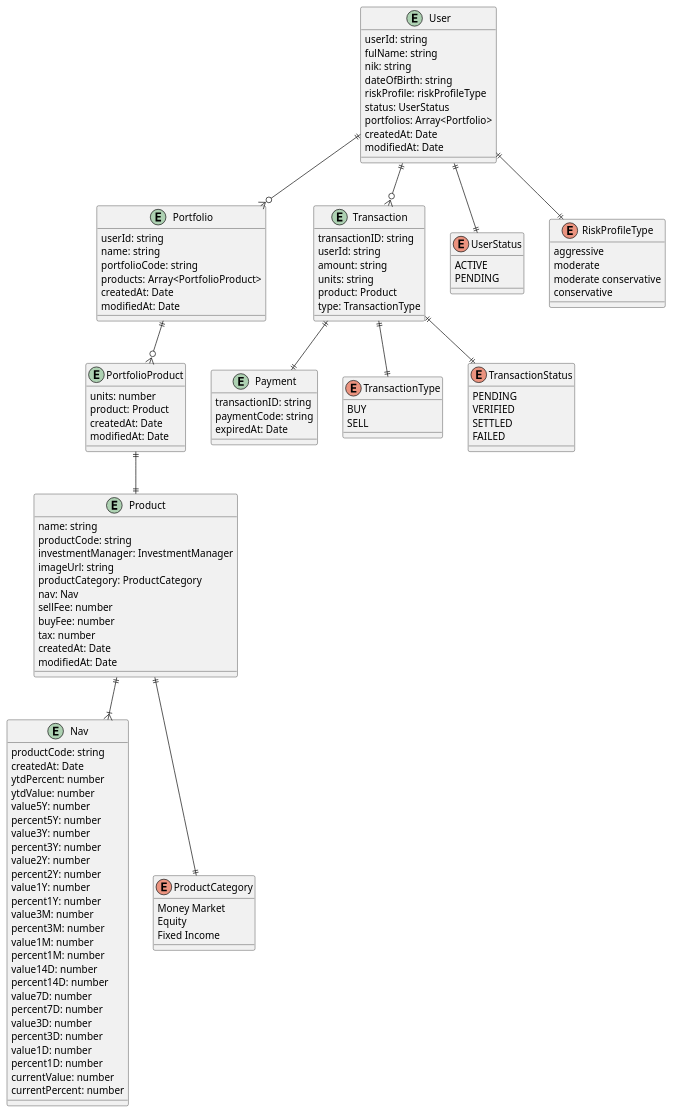
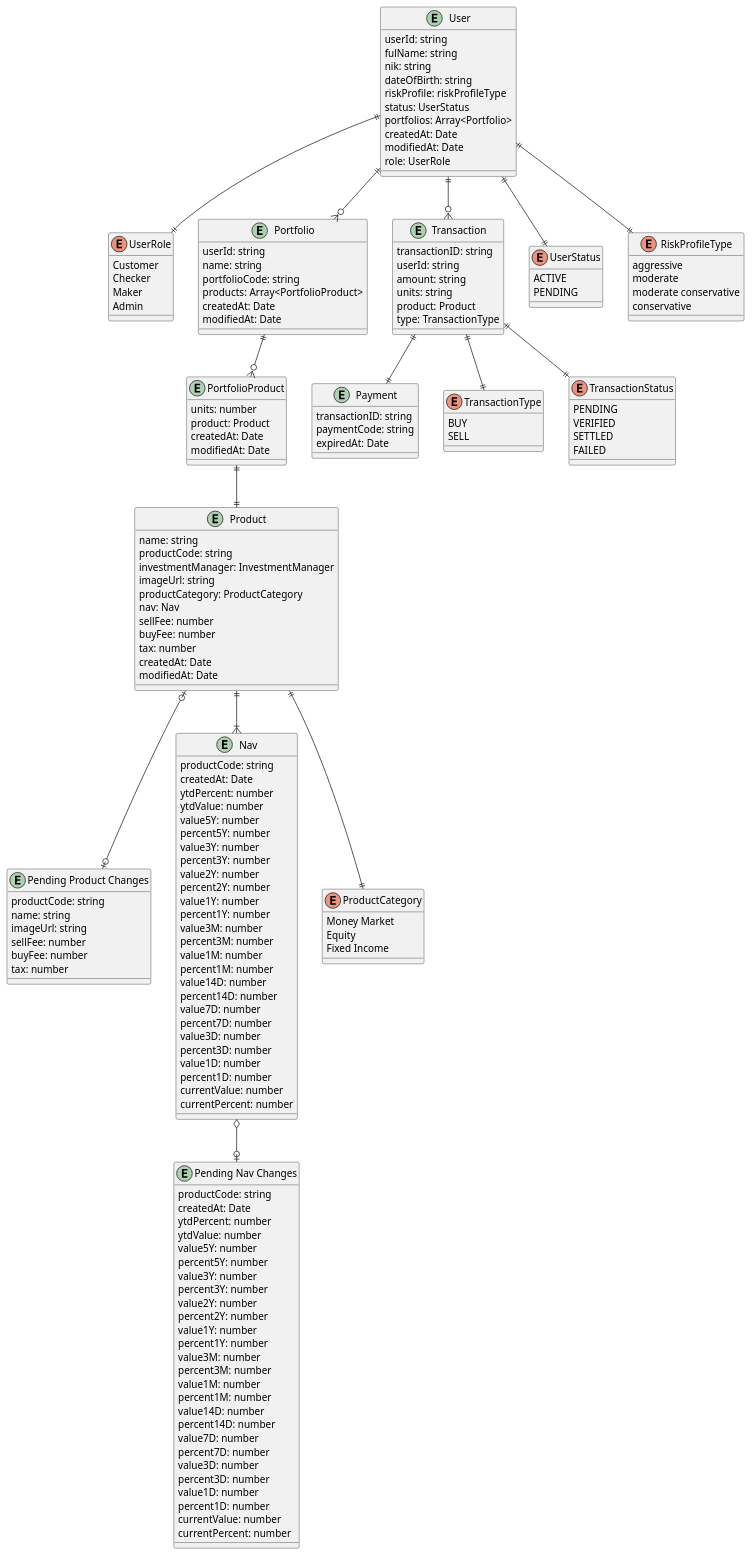
The diagram in database-design.puml (ilhamtubagus/mug-jakarta-mutual-funds), drawn with PlantUML before and after one commit. The commit also changed 1 other file, not shown here.

Commit message:
update database design and add use-case diagram

```diff
--- a/database-design.puml
+++ b/database-design.puml
@@ -1,130 +1,179 @@
 @startuml
 
 entity User {
     userId: string
     fulName: string
     nik: string
     dateOfBirth: string
     riskProfile: riskProfileType
     status: UserStatus
     portfolios: Array<Portfolio>
     createdAt: Date
     modifiedAt: Date
+    role: UserRole
+}
+
+enum UserRole {
+    Customer
+    Checker
+    Maker
+    Admin
 }
 
 entity Portfolio {
     userId: string
     name: string
     portfolioCode: string
     products: Array<PortfolioProduct>
     createdAt: Date
     modifiedAt: Date
 }
 
 entity PortfolioProduct {
     units: number
     product: Product
     createdAt: Date
     modifiedAt: Date
 }
 
 entity Product {
     name: string
     productCode: string
     investmentManager: InvestmentManager
     imageUrl: string
     productCategory: ProductCategory
     nav: Nav
     sellFee: number
     buyFee: number
     tax: number
     createdAt: Date
     modifiedAt: Date
 }
 
+entity "Pending Product Changes" {
+    productCode: string
+    name: string
+    imageUrl: string
+    sellFee: number
+    buyFee: number
+    tax: number
+}
+
 entity Nav {
+    productCode: string
+    createdAt: Date
+    ytdPercent: number
+    ytdValue: number
+    value5Y: number
+    percent5Y: number
+    value3Y: number
+    percent3Y: number
+    value2Y: number
+    percent2Y: number
+    value1Y: number
+    percent1Y: number
+    value3M: number
+    percent3M: number
+    value1M: number
+    percent1M: number
+    value14D: number
+    percent14D: number
+    value7D: number
+    percent7D: number
+    value3D: number
+    percent3D: number
+    value1D: number
+    percent1D: number
+    currentValue: number
+    currentPercent: number
+}
+
+entity "Pending Nav Changes" {
     productCode: string
     createdAt: Date
     ytdPercent: number
     ytdValue: number
     value5Y: number
     percent5Y: number
     value3Y: number
     percent3Y: number
     value2Y: number
     percent2Y: number
     value1Y: number
     percent1Y: number
     value3M: number
     percent3M: number
     value1M: number
     percent1M: number
     value14D: number
     percent14D: number
     value7D: number
     percent7D: number
     value3D: number
     percent3D: number
     value1D: number
     percent1D: number
     currentValue: number
     currentPercent: number
 }
 
 enum ProductCategory {
     Money Market
     Equity
     Fixed Income
 }
 
 entity Transaction {
     transactionID: string
     userId: string
     amount: string
     units: string
     product: Product
     type: TransactionType
 }
 
 entity Payment {
     transactionID: string
     paymentCode: string
     expiredAt: Date
 }
 
 enum TransactionType {
     BUY
     SELL
 }
 
 enum TransactionStatus {
     PENDING
     VERIFIED
     SETTLED
     FAILED
 }
 
 enum UserStatus{
     ACTIVE
     PENDING
 }
 
 enum RiskProfileType{
     aggressive
     moderate
     moderate conservative
     conservative
 }
 
 Product ||--|| ProductCategory
 Product ||--|{ Nav
 PortfolioProduct ||--|| Product
 Portfolio ||--o{ PortfolioProduct
 User ||--o{ Portfolio
 User ||--o{ Transaction
 User ||--|| UserStatus
 Transaction ||--|| TransactionStatus
 Transaction ||--|| TransactionType
 User ||--|| RiskProfileType
 Transaction ||--|| Payment
+User ||--|| UserRole
+Product |o--o| "Pending Product Changes"
+Nav o--o| "Pending Nav Changes"
 @enduml
```
